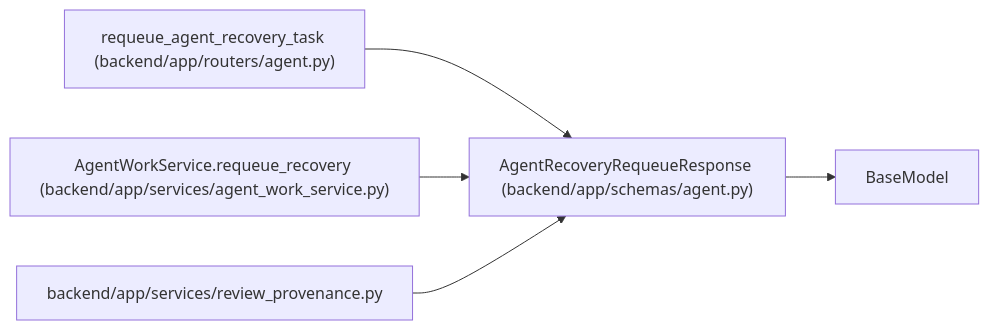
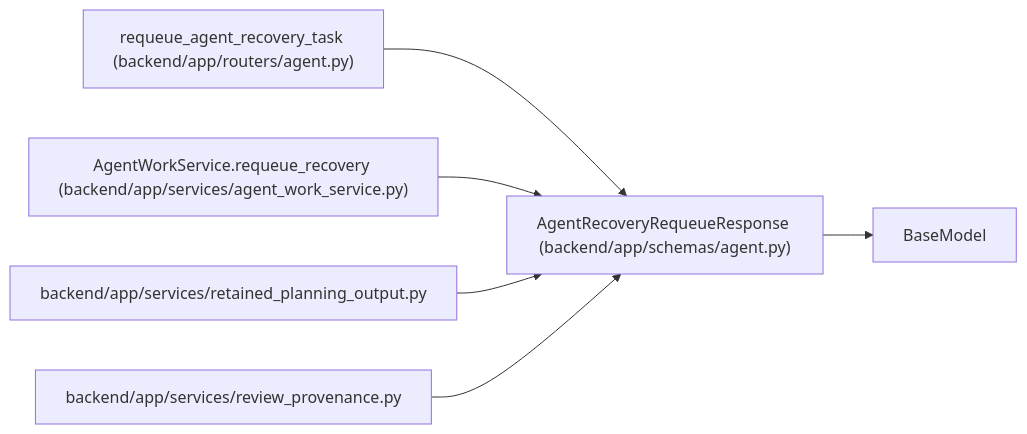
The diagram in docs/llm_wiki/entities/AgentRecoveryRequeueResponse.md (Denissvgn/WorkChord), drawn with Mermaid before and after one commit. The commit also changed other lines of this file and 868 other files, not shown here.

Commit message:
Document authenticated planning-window recovery and retained worker evidence

````diff
--- a/docs/llm_wiki/entities/AgentRecoveryRequeueResponse.md
+++ b/docs/llm_wiki/entities/AgentRecoveryRequeueResponse.md
@@ -28,16 +28,19 @@
 ```mermaid
 flowchart LR
     n0["AgentRecoveryRequeueResponse (backend/app/schemas/agent.py)"]
     n1["BaseModel"]
     n2["requeue_agent_recovery_task (backend/app/routers/agent.py)"]
     n3["AgentWorkService.requeue_recovery (backend/app/services/agent_work_service.py)"]
-    n4["backend/app/services/review_provenance.py"]
+    n4["backend/app/services/retained_planning_output.py"]
+    n5["backend/app/services/review_provenance.py"]
     n0 --> n1
     n2 --> n0
     n3 --> n0
     n4 --> n0
+    n5 --> n0
     click n0 "../modules/schemas_agent.md"
     click n2 "../modules/routers_agent.md"
     click n3 "../modules/agent_work_service.md"
-    click n4 "../modules/review_provenance.md"
+    click n4 "../modules/retained_planning_output.md"
+    click n5 "../modules/review_provenance.md"
 ```
````
